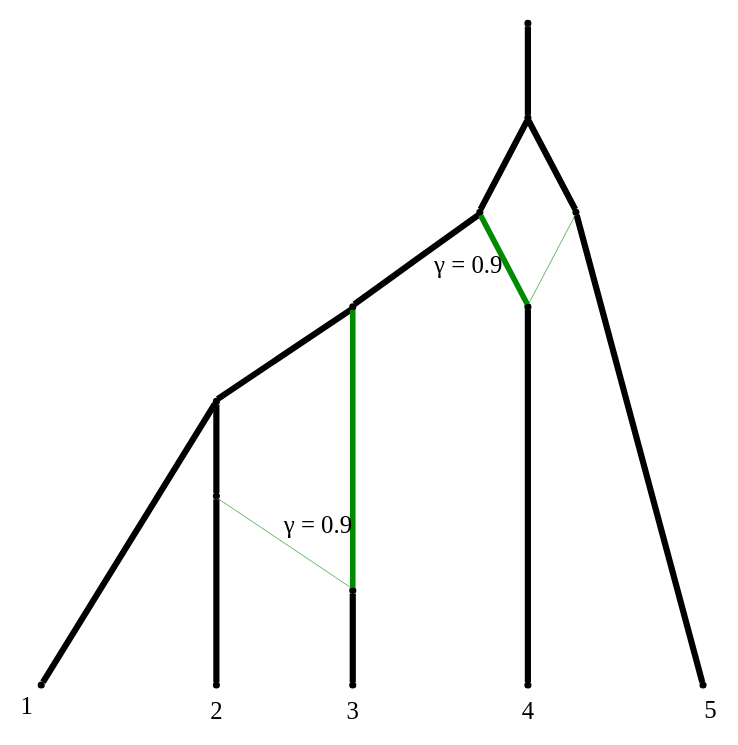
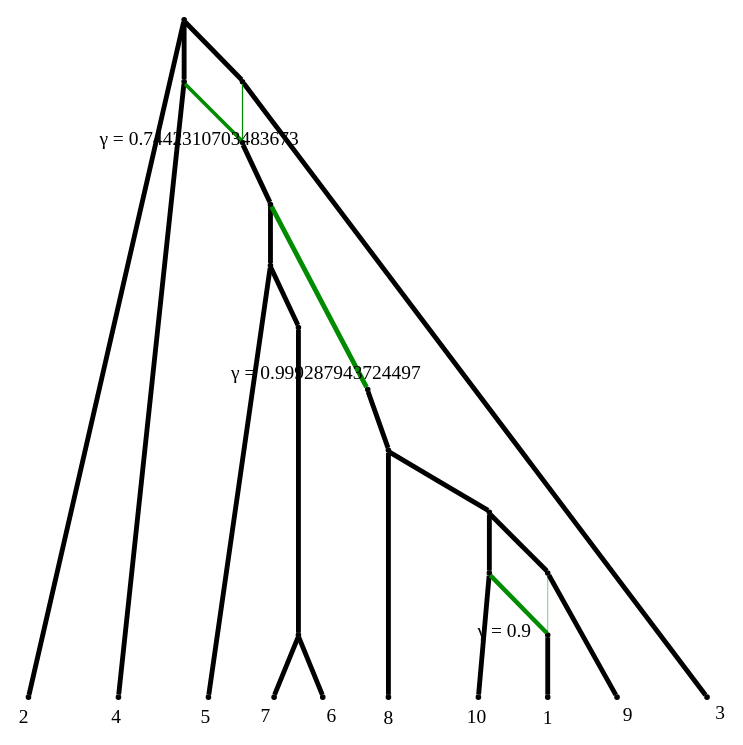
The diagram in visualization/drawCF.dot (JuliaPhylo/PhyloNetworks.jl), drawn with Graphviz before and after one commit. The commit also changed 6 other files, not shown here.

```diff
--- a/visualization/drawCF.dot
+++ b/visualization/drawCF.dot
@@ -1,71 +1,119 @@
 Graph Phylogeny { 
     labelloc=b 
     ratio="fill"; 
     size="6 ,8"; 
     nodesep=0.5; 
     splines=line; 
     edge [fontsize=16.0]; 
     node [shape = point] 
-    rank=max 1 
-  subgraph    { 2 , 3 , 5 , 6 , 8 } 
+    rank=max -1 
+  subgraph    { 1 , 2 , 3 , 4 , 6 , 7 , 9 , 10 , 12 , 13 } 
+    1 [label=1] [shape = point] 
     2 [label=2] [shape = point] 
     3 [label=3] [shape = point] 
-    5 [label=5] [shape = point] 
+    4 [label=4] [shape = point] 
     6 [label=6] [shape = point] 
-    8 [label=8] [shape = point] 
+    7 [label=7] [shape = point] 
+    9 [label=9] [shape = point] 
+    10 [label=10] [shape = point] 
+    12 [label=12] [shape = point] 
+    13 [label=13] [shape = point] 
  
-     1 -- -2 [penwidth=4]; 
-     -2 -- -3
+     -1 -- -2
                                   [penwidth=4]; 
-     -3 -- -4
+     -2 -- 1
+                                  [headlabel=4]
+                                  [labeldistance=2.0]
+                                  [labelangle=180.0]
+                                  [penwidth=4]; 
+   -2 -- 11
+                                  [color=green4]
+                                  [penwidth=2.9769242813934693]
+                                  [headlabel=" &gamma; = 0.7442310703483673"]
+                                  [labeldistance = 3.5]
+                                  [labelangle=45.0]; 
+     11 -- -4
                                   [penwidth=4]; 
      -4 -- -5
                                   [penwidth=4]; 
      -5 -- 2
-                                  [headlabel=1]
+                                  [headlabel=5]
                                   [labeldistance=2.0]
                                   [labelangle=180.0]
                                   [penwidth=4]; 
      -5 -- -6
                                   [penwidth=4]; 
-     -6 -- 3
+     -6 -- -7
+                                  [penwidth=4]; 
+     -7 -- 3
+                                  [headlabel=7]
+                                  [labeldistance=2.0]
+                                  [labelangle=180.0]
+                                  [penwidth=4]; 
+     -7 -- 4
+                                  [headlabel=6]
+                                  [labeldistance=2.0]
+                                  [labelangle=180.0]
+                                  [penwidth=4]; 
+   -6 -- 5
+                                  [color=green4]
+                                  [penwidth=0.0028482251020116806]; 
+   -4 -- 5
+                                  [color=green4]
+                                  [penwidth=3.997151774897988]
+                                  [headlabel=" &gamma; = 0.999287943724497"]
+                                  [labeldistance = 3.5]
+                                  [labelangle=45.0]; 
+     5 -- -9
+                                  [penwidth=4]; 
+     -9 -- -10
+                                  [penwidth=4]; 
+     -10 -- -11
+                                  [penwidth=4]; 
+     -11 -- 6
+                                  [headlabel=10]
+                                  [labeldistance=2.0]
+                                  [labelangle=180.0]
+                                  [penwidth=4]; 
+   -11 -- 8
+                                  [color=green4]
+                                  [penwidth=3.6]
+                                  [headlabel=" &gamma; = 0.9"]
+                                  [labeldistance = 3.5]
+                                  [labelangle=45.0]; 
+     8 -- 7
+                                  [headlabel=1]
+                                  [labeldistance=2.0]
+                                  [labelangle=180.0]
+                                  [penwidth=4]; 
+     -10 -- -13
+                                  [penwidth=4]; 
+     -13 -- 9
+                                  [headlabel=9]
+                                  [labeldistance=2.0]
+                                  [labelangle=180.0]
+                                  [penwidth=4]; 
+   -13 -- 8
+                                  [color=green4]
+                                  [penwidth=0.4]; 
+     -9 -- 10
+                                  [headlabel=8]
+                                  [labeldistance=2.0]
+                                  [labelangle=180.0]
+                                  [penwidth=4]; 
+     -1 -- 12
                                   [headlabel=2]
                                   [labeldistance=2.0]
                                   [labelangle=180.0]
                                   [penwidth=4]; 
-   -6 -- 4
+     -1 -- -14
+                                  [penwidth=4]; 
+   -14 -- 11
                                   [color=green4]
-                                  [penwidth=0.4]; 
-   -4 -- 4
-                                  [color=green4]
-                                  [penwidth=3.6]
-                                  [headlabel=" &gamma; = 0.9"]
-                                  [labeldistance = 4.5]
-                                  [labelangle=30.0]; 
-     4 -- 5
+                                  [penwidth=1.0230757186065307]; 
+     -14 -- 13
                                   [headlabel=3]
                                   [labeldistance=2.0]
                                   [labelangle=180.0]
                                   [penwidth=4]; 
-   -3 -- 7
-                                  [color=green4]
-                                  [penwidth=3.6]
-                                  [headlabel=" &gamma; = 0.9"]
-                                  [labeldistance = 4.5]
-                                  [labelangle=30.0]; 
-     7 -- 6
-                                  [headlabel=4]
-                                  [labeldistance=2.0]
-                                  [labelangle=180.0]
-                                  [penwidth=4]; 
-     -2 -- -9
-                                  [penwidth=4]; 
-     -9 -- 8
-                                  [headlabel=5]
-                                  [labeldistance=2.0]
-                                  [labelangle=180.0]
-                                  [penwidth=4]; 
-   -9 -- 7
-                                  [color=green4]
-                                  [penwidth=0.4]; 
 }
```
